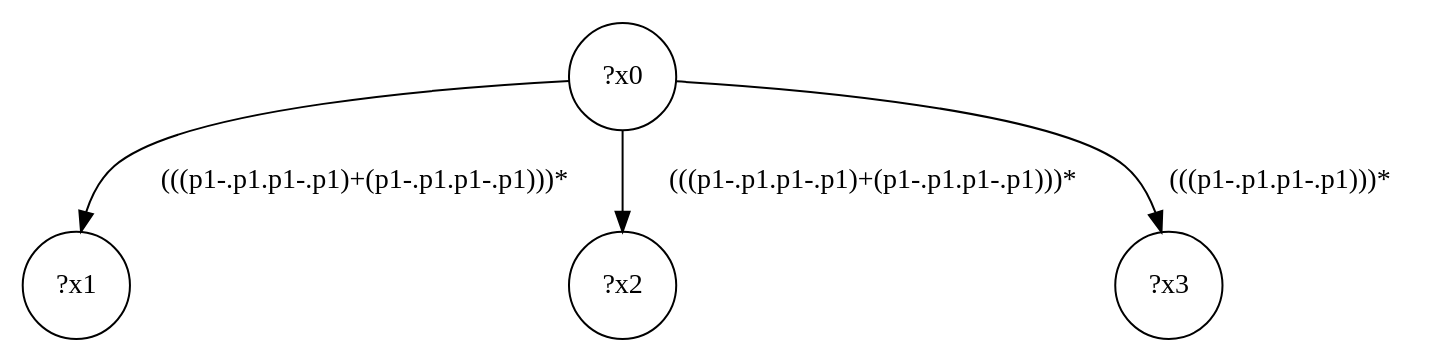
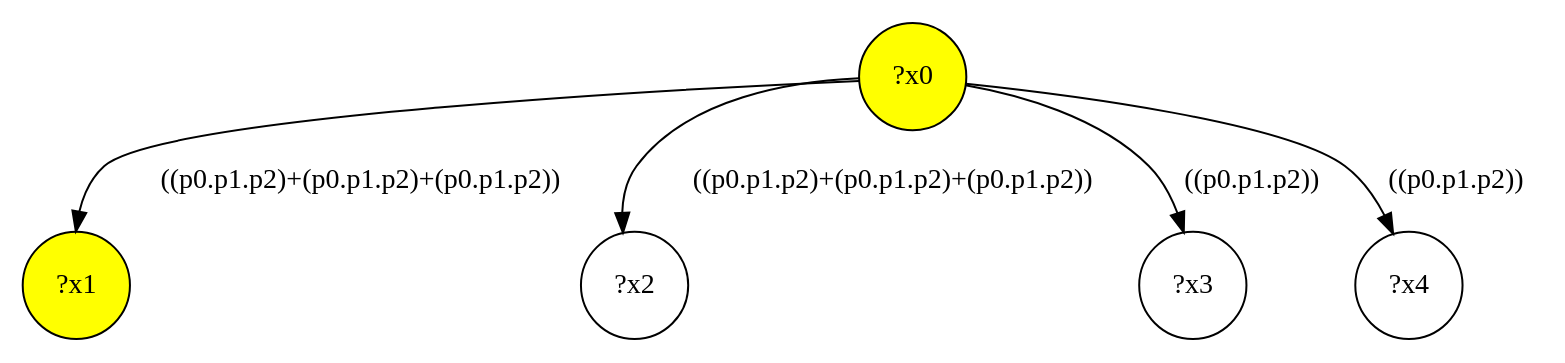
The diagram in src/queryinterface/interface-queries/query-10.dot (gbagan/gmark), drawn with Graphviz before and after one commit. The commit also changed 150 other files, not shown here.

```diff
--- a/src/queryinterface/interface-queries/query-10.dot
+++ b/src/queryinterface/interface-queries/query-10.dot
@@ -1,9 +1,11 @@
 digraph g {
-	x0 [shape=circle, label="?x0"];
-	x1 [shape=circle, label="?x1"];
-	x0 -> x1 [label="(((p1-.p1.p1-.p1)+(p1-.p1.p1-.p1)))*"];
+	x0 [fillcolor="yellow", style="filled," shape=circle, label="?x0"];
+	x1 [fillcolor="yellow", style="filled," shape=circle, label="?x1"];
+	x0 -> x1 [label="((p0.p1.p2)+(p0.p1.p2)+(p0.p1.p2))"];
 	x2 [shape=circle, label="?x2"];
-	x0 -> x2 [label="(((p1-.p1.p1-.p1)+(p1-.p1.p1-.p1)))*"];
+	x0 -> x2 [label="((p0.p1.p2)+(p0.p1.p2)+(p0.p1.p2))"];
 	x3 [shape=circle, label="?x3"];
-	x0 -> x3 [label="(((p1-.p1.p1-.p1)))*"];
+	x0 -> x3 [label="((p0.p1.p2))"];
+	x4 [shape=circle, label="?x4"];
+	x0 -> x4 [label="((p0.p1.p2))"];
 }
```
